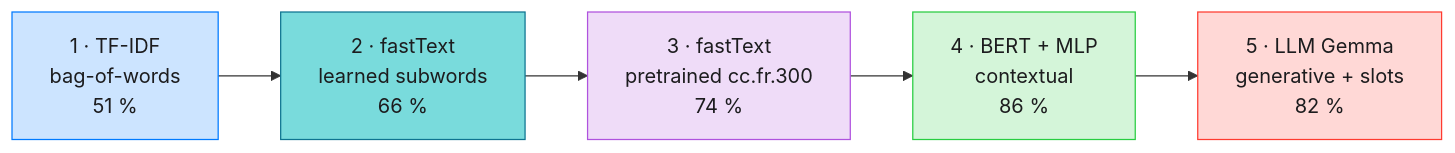
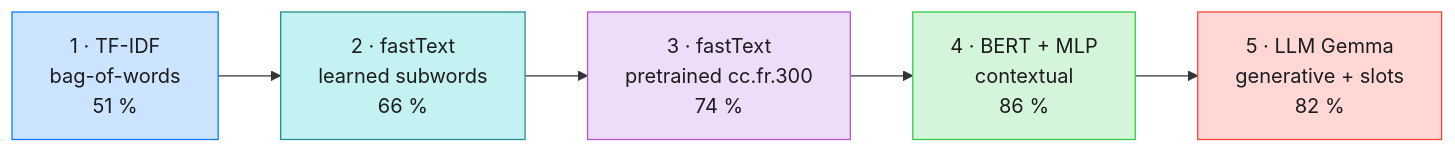
One commit to warith-harchaoui/intentions changed the first of 2 diagrams in README.md. Above: the diagram before and after it, drawn with Mermaid. The commit also changed other lines of this file and 4 other files, not shown here.

````diff
--- a/README.md
+++ b/README.md
@@ -50,9 +50,9 @@
 ```mermaid
 flowchart LR
     A["1 · TF-IDF<br/>bag-of-words<br/>51 %"] --> B["2 · fastText<br/>learned subwords<br/>66 %"] --> C["3 · fastText<br/>pretrained cc.fr.300<br/>74 %"] --> D["4 · BERT + MLP<br/>contextual<br/>86 %"] --> E["5 · LLM Gemma<br/>generative + slots<br/>82 %"]
     style A fill:#CCE4FF,stroke:#007AFF,color:#1C1C1E
-    style B fill:#79DBDC,stroke:#0E7490,color:#1C1C1E
+    style B fill:#C4F1F1,stroke:#1D8C8D,color:#1C1C1E
     style C fill:#EFDCF8,stroke:#AF52DE,color:#1C1C1E
     style D fill:#D4F5D9,stroke:#28CD41,color:#1C1C1E
     style E fill:#FFD8D6,stroke:#FF3B30,color:#1C1C1E
 ```
````
